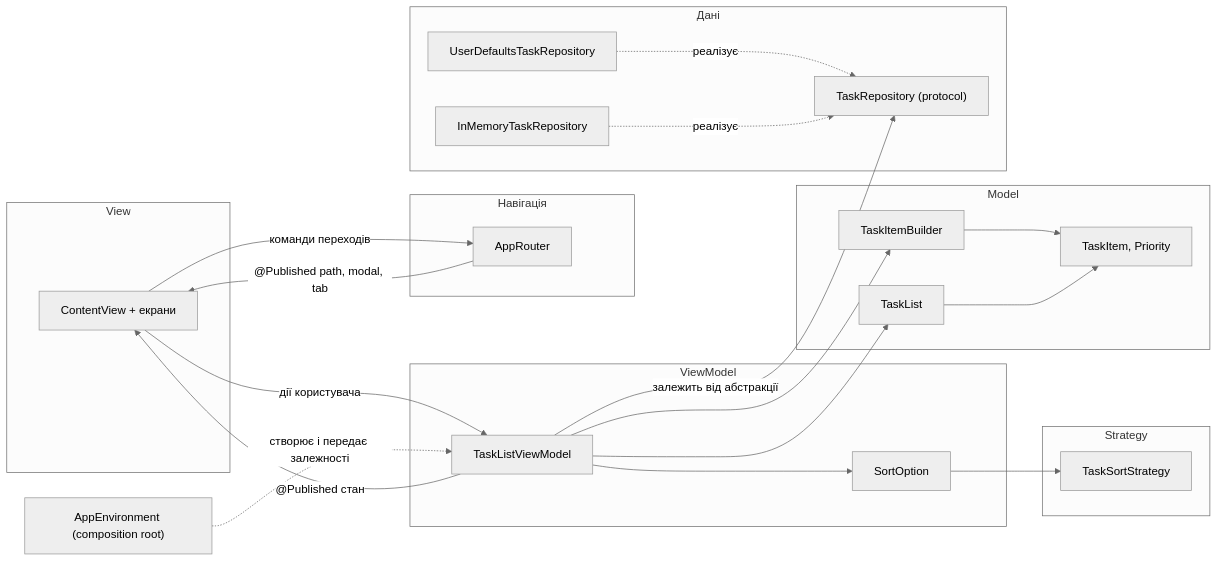
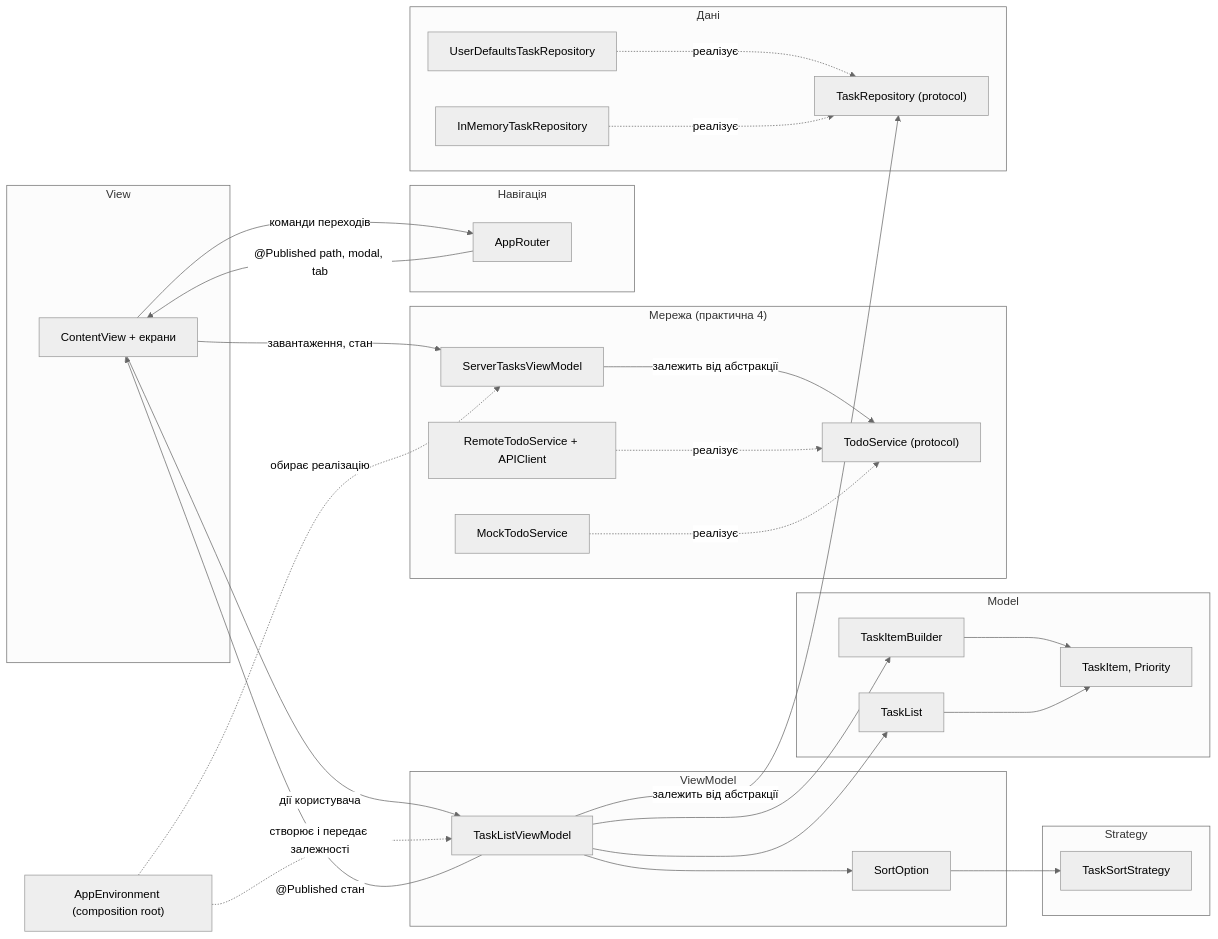
Before and after one commit to sofia-viazovska/TaskManagerIOS: the first of 2 diagrams in docs/ARCHITECTURE.md, drawn with Mermaid (neutral theme). The commit also changed other lines of this file and 12 other files, not shown here.

````diff
--- a/docs/ARCHITECTURE.md
+++ b/docs/ARCHITECTURE.md
@@ -55,42 +55,53 @@
 ```mermaid
 flowchart LR
     subgraph V["View"]
         CV["ContentView + екрани"]
     end
     subgraph N["Навігація"]
         RT["AppRouter"]
     end
     subgraph VMG["ViewModel"]
         VM["TaskListViewModel"]
         SO["SortOption"]
     end
     subgraph M["Model"]
         TL["TaskList"]
         TI["TaskItem, Priority"]
         B["TaskItemBuilder"]
     end
     subgraph ST["Strategy"]
         S["TaskSortStrategy"]
+    end
+    subgraph NW["Мережа (практична 4)"]
+        SVM["ServerTasksViewModel"]
+        TS["TodoService (protocol)"]
+        RTS["RemoteTodoService + APIClient"]
+        MTS["MockTodoService"]
     end
     subgraph D["Дані"]
         R["TaskRepository (protocol)"]
         UD["UserDefaultsTaskRepository"]
         IM["InMemoryTaskRepository"]
     end
     ENV["AppEnvironment (composition root)"]
 
     CV -->|дії користувача| VM
     CV -->|команди переходів| RT
     RT -->|"@Published path, modal, tab"| CV
     VM -->|"@Published стан"| CV
     VM --> TL
     VM --> B
     B --> TI
     TL --> TI
     VM --> SO
     SO --> S
     VM -->|залежить від абстракції| R
     UD -.->|реалізує| R
     IM -.->|реалізує| R
     ENV -.->|створює і передає залежності| VM
+    CV -->|"завантаження, стан"| SVM
+    SVM -->|залежить від абстракції| TS
+    RTS -.->|реалізує| TS
+    MTS -.->|реалізує| TS
+    ENV -.->|обирає реалізацію| SVM
 ```
````
